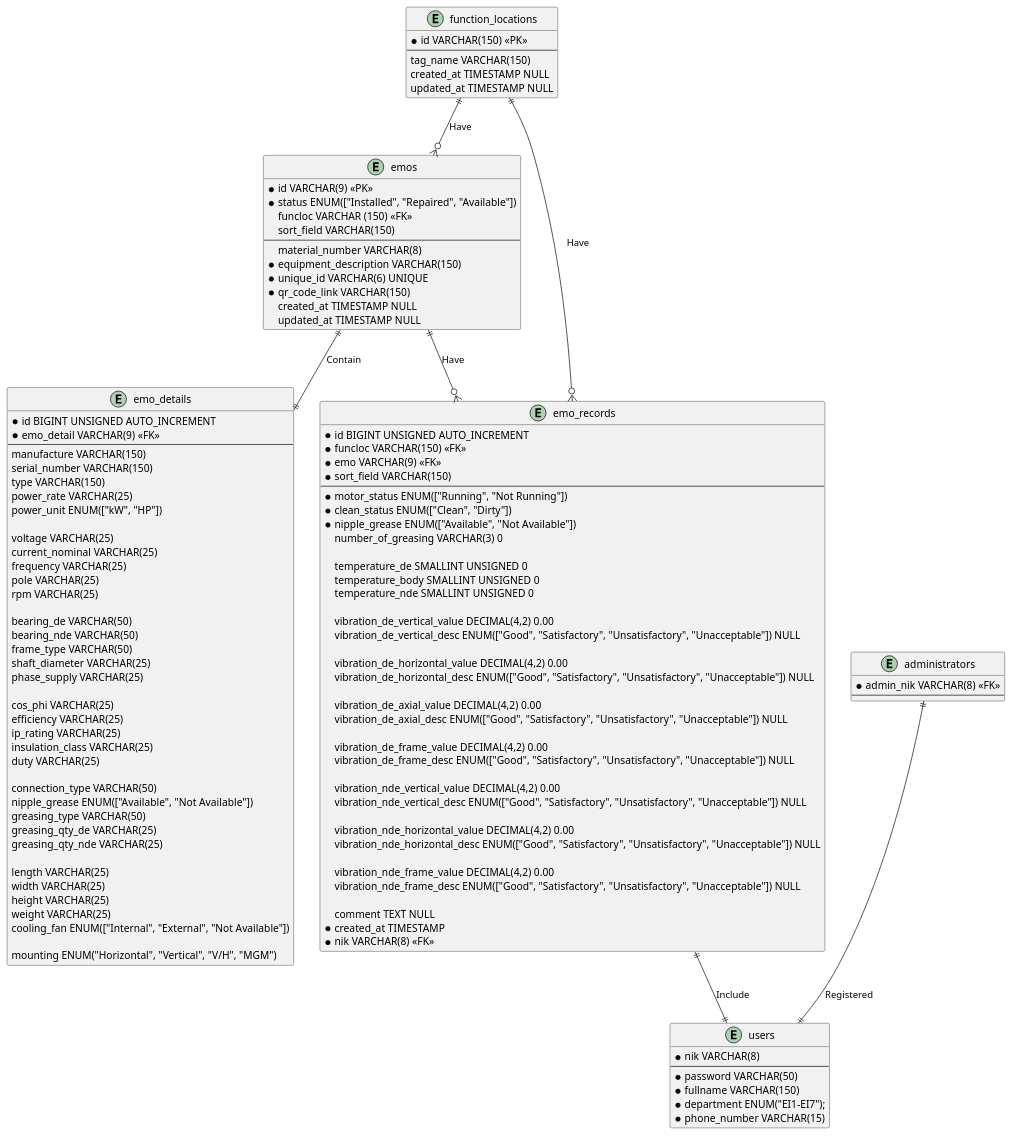
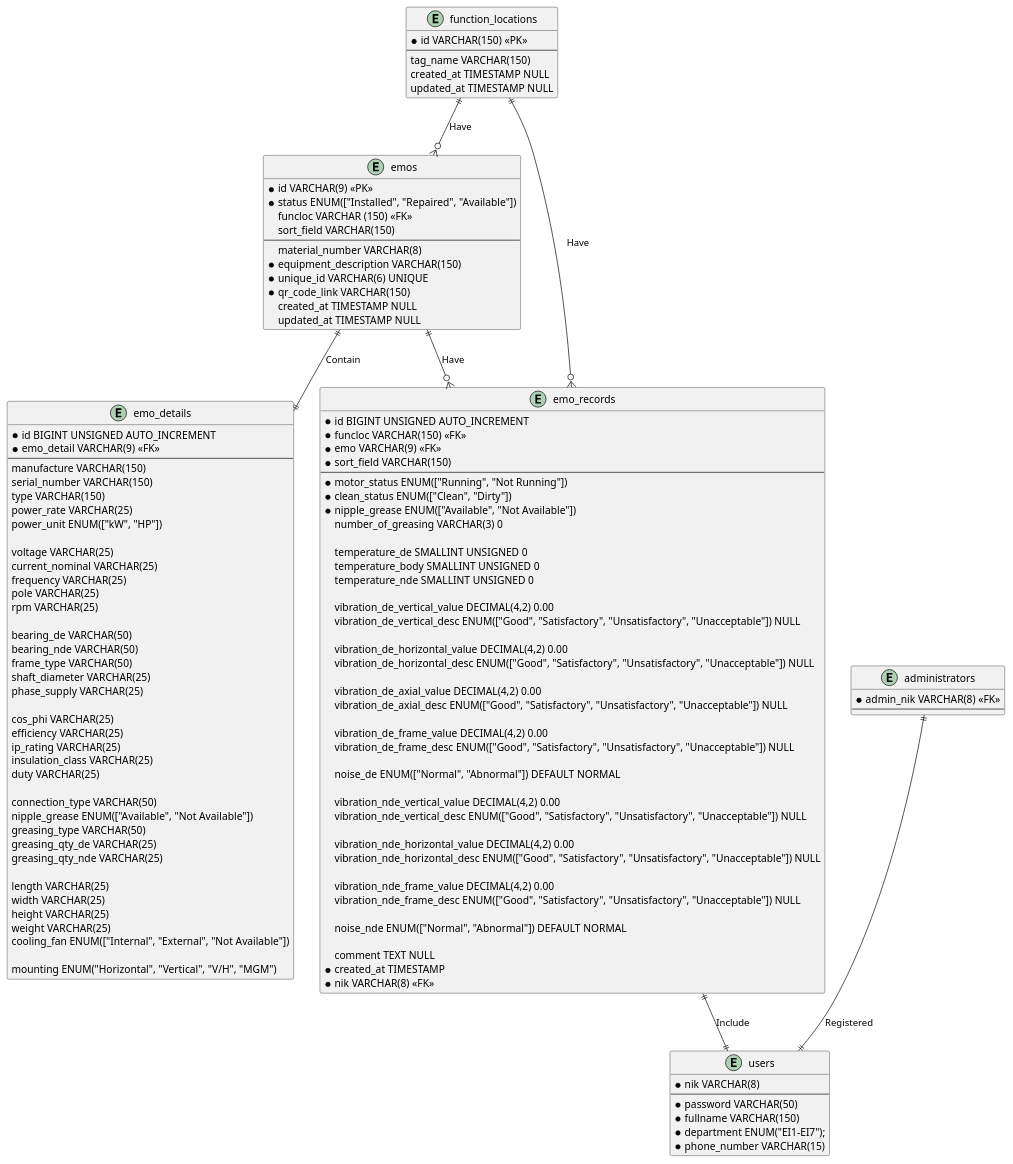
Before and after one commit to doniduaasattuu/fajar-e-maintenance: the diagram in database/fajar_e_maintenance.puml, drawn with PlantUML. The commit also changed 13 other files, not shown here.

Commit message:
add noise de and nde parameter on checking form

```diff
--- a/database/fajar_e_maintenance.puml
+++ b/database/fajar_e_maintenance.puml
@@ -1,133 +1,137 @@
 @startuml fajar_e_maintenance
 
 entity function_locations
 {
     * id VARCHAR(150) <<PK>>
     --
       tag_name VARCHAR(150)
       created_at TIMESTAMP NULL
       updated_at TIMESTAMP NULL
 }
 
 entity emos
 {
     * id VARCHAR(9) <<PK>>
     * status ENUM(["Installed", "Repaired", "Available"])
       funcloc VARCHAR (150) <<FK>>
       sort_field VARCHAR(150)
     --
       material_number VARCHAR(8)
     * equipment_description VARCHAR(150)
     * unique_id VARCHAR(6) UNIQUE
     * qr_code_link VARCHAR(150) 
       created_at TIMESTAMP NULL
       updated_at TIMESTAMP NULL
 }
 
 entity emo_details {
     * id BIGINT UNSIGNED AUTO_INCREMENT
     * emo_detail VARCHAR(9) <<FK>>
     --
     manufacture VARCHAR(150)
     serial_number VARCHAR(150)
     type VARCHAR(150)
     power_rate VARCHAR(25)
     power_unit ENUM(["kW", "HP"])
 
     voltage VARCHAR(25)
     current_nominal VARCHAR(25)
     frequency VARCHAR(25)
     pole VARCHAR(25)
     rpm VARCHAR(25)
 
     bearing_de VARCHAR(50)
     bearing_nde VARCHAR(50)
     frame_type VARCHAR(50)
     shaft_diameter VARCHAR(25)
     phase_supply VARCHAR(25)
 
     cos_phi VARCHAR(25)
     efficiency VARCHAR(25)
     ip_rating VARCHAR(25)
     insulation_class VARCHAR(25)
     duty VARCHAR(25)
 
     connection_type VARCHAR(50)
     nipple_grease ENUM(["Available", "Not Available"])
     greasing_type VARCHAR(50)
     greasing_qty_de VARCHAR(25)
     greasing_qty_nde VARCHAR(25)
 
     length VARCHAR(25)
     width VARCHAR(25)
     height VARCHAR(25)
     weight VARCHAR(25)
     cooling_fan ENUM(["Internal", "External", "Not Available"])
 
     mounting ENUM("Horizontal", "Vertical", "V/H", "MGM")
 }
 
 entity emo_records {
     * id BIGINT UNSIGNED AUTO_INCREMENT
     * funcloc VARCHAR(150) <<FK>>
     * emo VARCHAR(9) <<FK>>
     * sort_field VARCHAR(150)
     --
     * motor_status ENUM(["Running", "Not Running"])
     * clean_status ENUM(["Clean", "Dirty"])
     * nipple_grease ENUM(["Available", "Not Available"])
       number_of_greasing VARCHAR(3) 0
 
       temperature_de SMALLINT UNSIGNED 0
       temperature_body SMALLINT UNSIGNED 0
       temperature_nde SMALLINT UNSIGNED 0
       
       vibration_de_vertical_value DECIMAL(4,2) 0.00
       vibration_de_vertical_desc ENUM(["Good", "Satisfactory", "Unsatisfactory", "Unacceptable"]) NULL
      
       vibration_de_horizontal_value DECIMAL(4,2) 0.00
       vibration_de_horizontal_desc ENUM(["Good", "Satisfactory", "Unsatisfactory", "Unacceptable"]) NULL
      
       vibration_de_axial_value DECIMAL(4,2) 0.00
       vibration_de_axial_desc ENUM(["Good", "Satisfactory", "Unsatisfactory", "Unacceptable"]) NULL
      
       vibration_de_frame_value DECIMAL(4,2) 0.00
       vibration_de_frame_desc ENUM(["Good", "Satisfactory", "Unsatisfactory", "Unacceptable"]) NULL
+      
+      noise_de ENUM(["Normal", "Abnormal"]) DEFAULT NORMAL
 
       vibration_nde_vertical_value DECIMAL(4,2) 0.00
       vibration_nde_vertical_desc ENUM(["Good", "Satisfactory", "Unsatisfactory", "Unacceptable"]) NULL
      
       vibration_nde_horizontal_value DECIMAL(4,2) 0.00
       vibration_nde_horizontal_desc ENUM(["Good", "Satisfactory", "Unsatisfactory", "Unacceptable"]) NULL
           
       vibration_nde_frame_value DECIMAL(4,2) 0.00
       vibration_nde_frame_desc ENUM(["Good", "Satisfactory", "Unsatisfactory", "Unacceptable"]) NULL
+      
+      noise_nde ENUM(["Normal", "Abnormal"]) DEFAULT NORMAL
 
       comment TEXT NULL
     * created_at TIMESTAMP
     * nik VARCHAR(8) <<FK>>
 }
 
 entity users {
     * nik VARCHAR(8)
     --
     * password VARCHAR(50)
     * fullname VARCHAR(150)
     * department ENUM("EI1-EI7");
     * phone_number VARCHAR(15)
 }
 
 entity administrators {
     * admin_nik VARCHAR(8) <<FK>>
     --
 }
  
 function_locations ||--o{ emos : Have
 function_locations ||--o{ emo_records : Have
 emos ||--o{ emo_records : Have
 emos ||--|| emo_details : Contain
 emo_records ||--|| users : Include
 administrators ||--|| users : Registered
 
 
 @enduml
```
